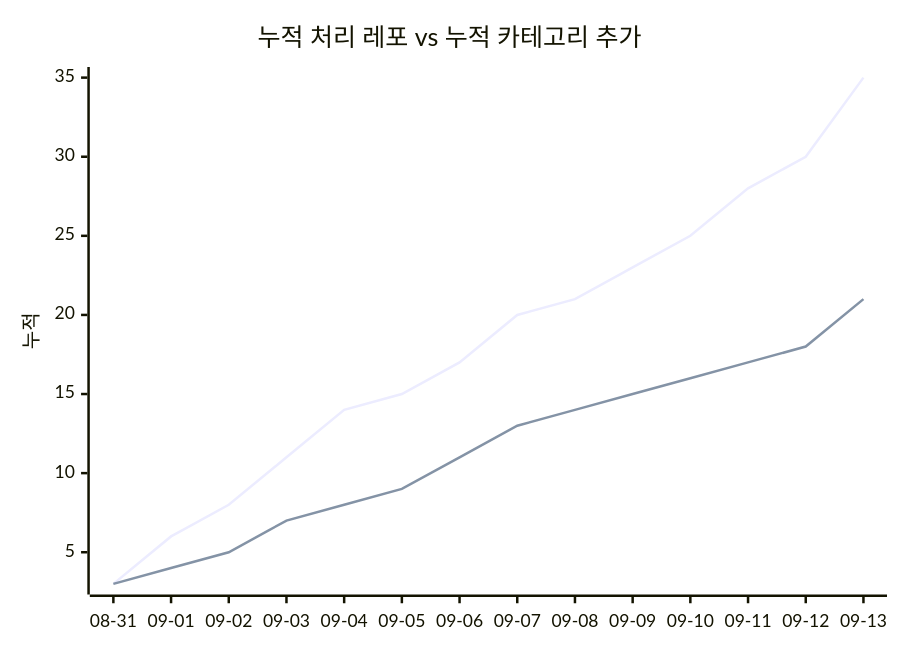
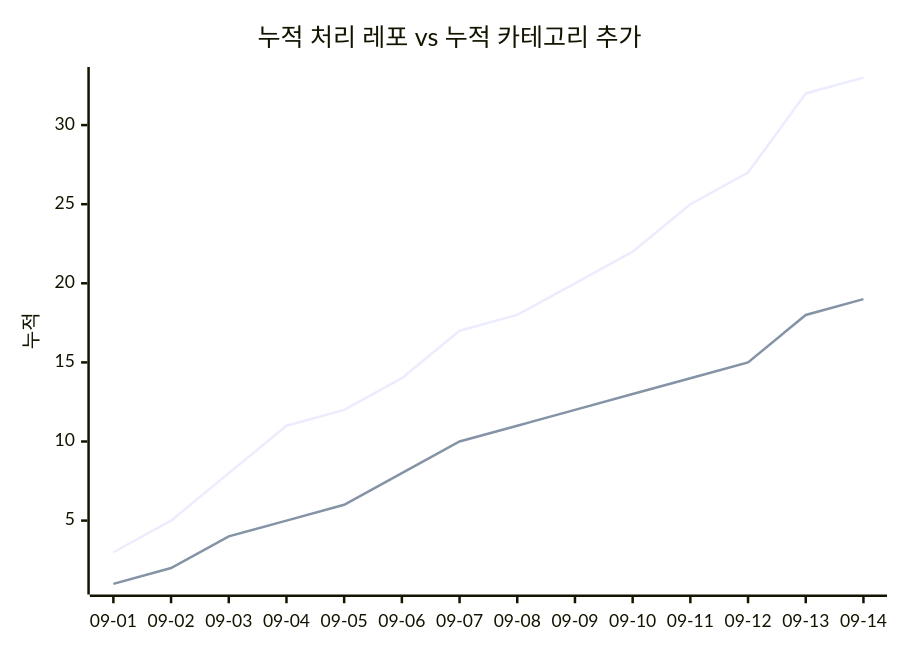
Before and after one commit to J-nowcow/awesome-korean-agent-skills: the second of 2 diagrams in docs/trends.md, drawn with Mermaid. The commit also changed other lines of this file and 3 other files, not shown here.

````diff
--- a/docs/trends.md
+++ b/docs/trends.md
@@ -68,8 +68,8 @@
 ```mermaid
 xychart-beta
     title "누적 처리 레포 vs 누적 카테고리 추가"
-    x-axis ["08-31","09-01","09-02","09-03","09-04","09-05","09-06","09-07","09-08","09-09","09-10","09-11","09-12","09-13"]
+    x-axis ["09-01","09-02","09-03","09-04","09-05","09-06","09-07","09-08","09-09","09-10","09-11","09-12","09-13","09-14"]
     y-axis "누적"
-    line [3,6,8,11,14,15,17,20,21,23,25,28,30,35]
-    line [3,4,5,7,8,9,11,13,14,15,16,17,18,21]
+    line [3,5,8,11,12,14,17,18,20,22,25,27,32,33]
+    line [1,2,4,5,6,8,10,11,12,13,14,15,18,19]
 ```
````
